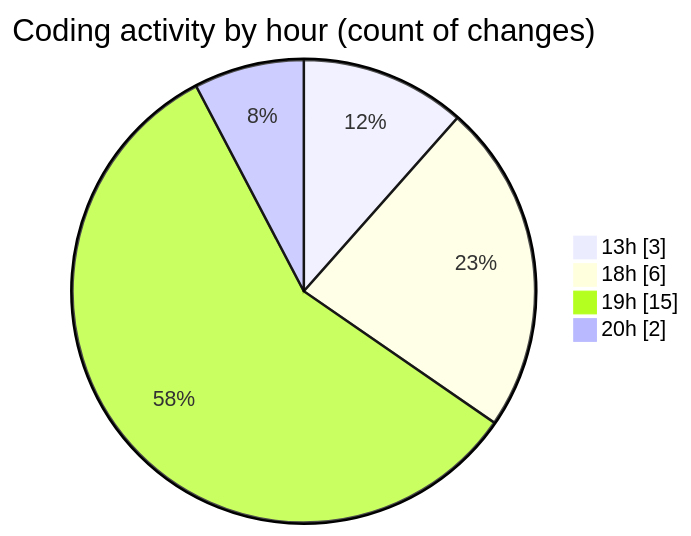
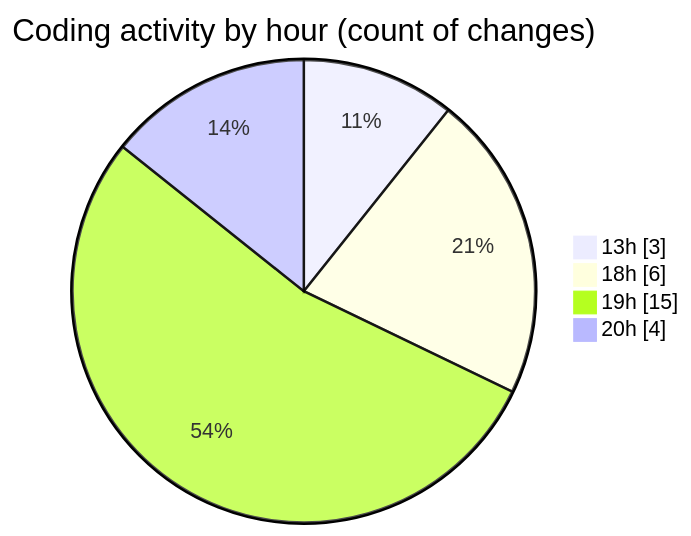
One commit to jrari/code-tracking changed the second of 2 diagrams in 2025-07-16/telebot/README.md. Above: the diagram before and after it, drawn with Mermaid. The commit also changed other lines of this file and 1 other file, not shown here.

````diff
--- a/2025-07-16/telebot/README.md
+++ b/2025-07-16/telebot/README.md
@@ -38,8 +38,8 @@
 ```mermaid
 pie showData
 title Coding activity by hour (count of changes)
 "13h" : 3
 "18h" : 6
 "19h" : 15
-"20h" : 2
+"20h" : 4
 ```
````
